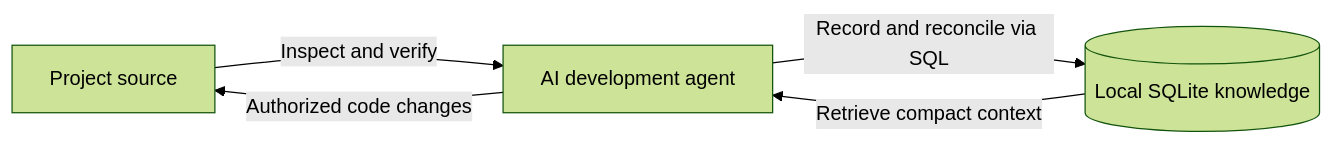
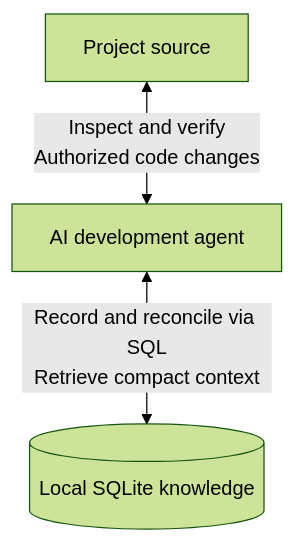
Before and after one commit to artemrizhov/EvoMneme: the diagram in README.md, drawn with Mermaid (forest theme).

Commit message:
docs: use vertical layout for README knowledge diagram

````diff
--- a/README.md
+++ b/README.md
@@ -17,7 +17,5 @@
 ```mermaid
-flowchart LR
-    Source[Project source] -->|Inspect and verify| Agent[AI development agent]
-    Agent -->|Authorized code changes| Source
-    Agent -->|Record and reconcile via SQL| Memory[(Local SQLite knowledge)]
-    Memory -->|Retrieve compact context| Agent
+flowchart TB
+    Source[Project source] <-->|"Inspect and verify<br/>Authorized code changes"| Agent[AI development agent]
+    Agent <-->|"Record and reconcile via SQL<br/>Retrieve compact context"| Memory[(Local SQLite knowledge)]
 ```
````
